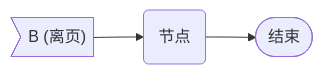
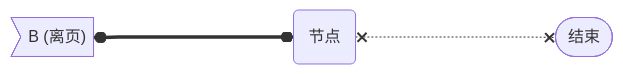
The third of 6 diagrams in released/samples/guide2.md (MadMaxChow/VLOOK), drawn with Mermaid before and after one commit. The commit also changed other lines of this file and 273 other files, not shown here.

````diff
--- a/released/samples/guide2.md
+++ b/released/samples/guide2.md
@@ -2230,4 +2235,4 @@
 ```mermaid
-graph LR
-outpage2>"B (离页)"] --> node2(节点) --> END([结束])
+flowchart LR
+outpage2>"B (离页)"] o=====o node2(节点) x-....-x END([结束])
 ```
````
